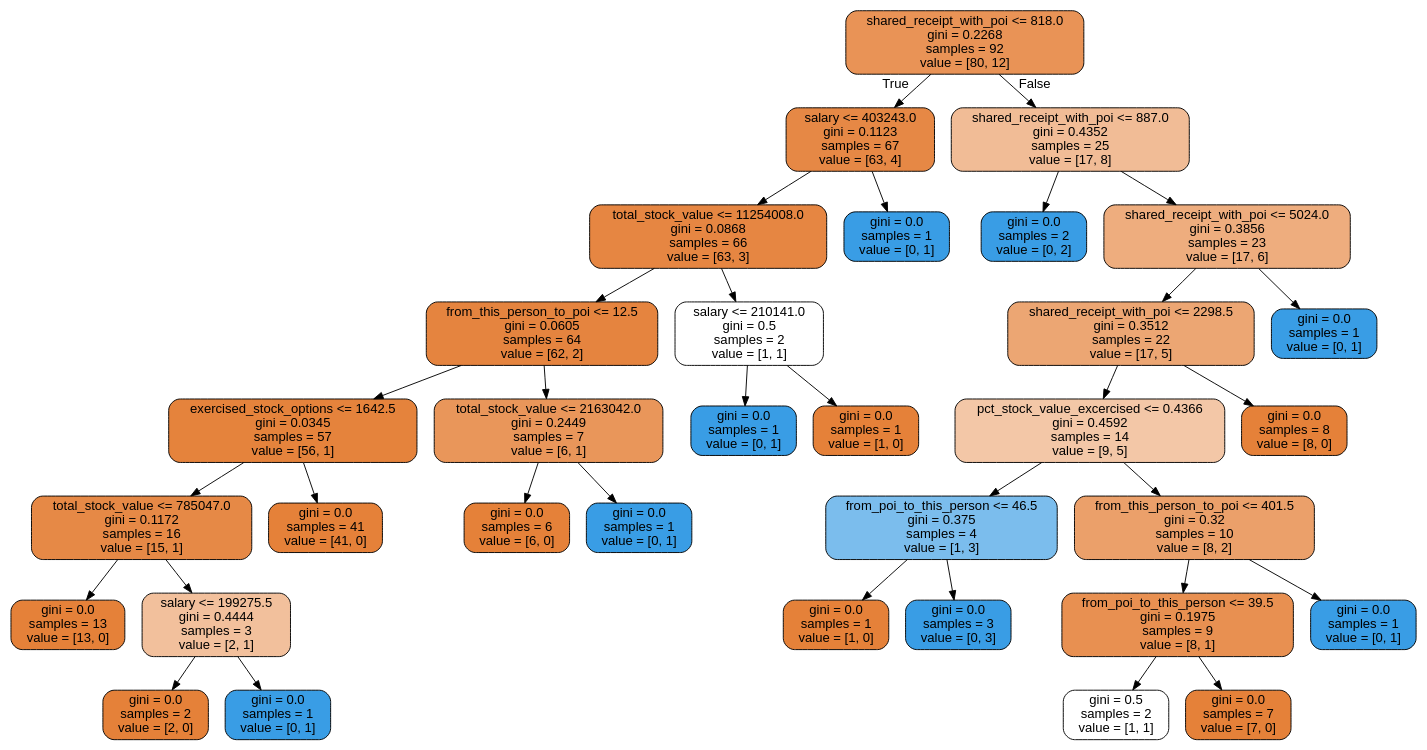
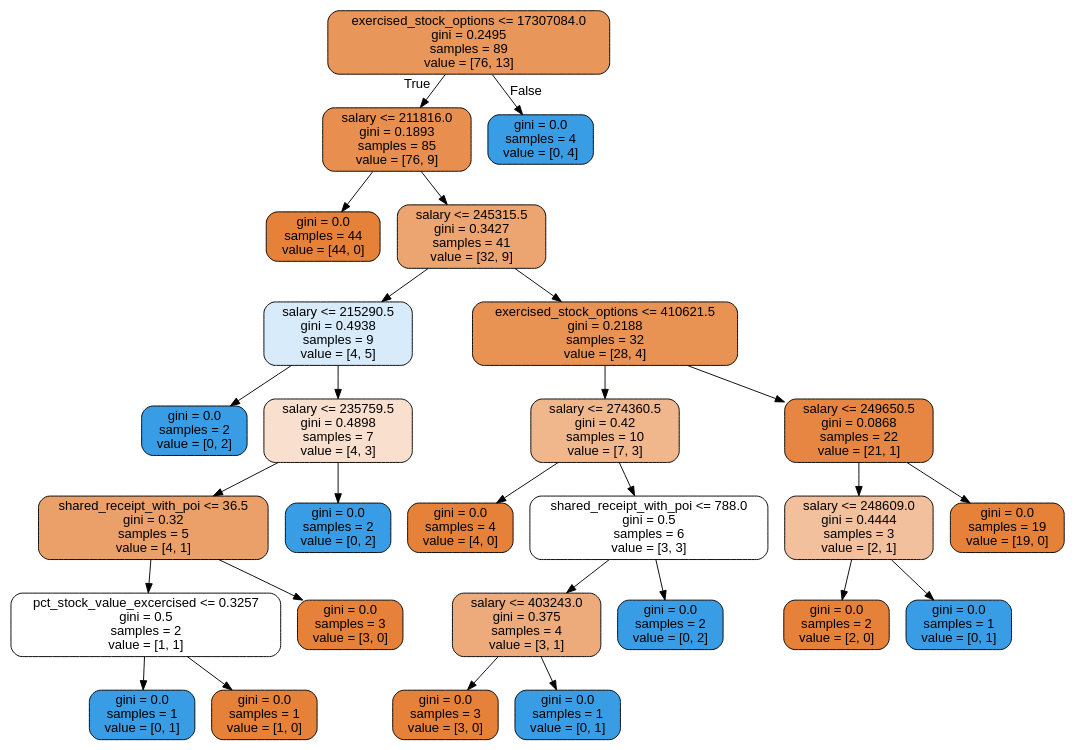
Before and after one commit to dhey24/NanodegreeML: the diagram in EnronDecisionTree.dot, drawn with Graphviz. The commit also changed 7 other files, not shown here.

```diff
--- a/EnronDecisionTree.dot
+++ b/EnronDecisionTree.dot
@@ -1,69 +1,57 @@
 digraph Tree {
 node [shape=box, style="filled, rounded", color="black", fontname=helvetica] ;
 edge [fontname=helvetica] ;
-0 [label="shared_receipt_with_poi <= 818.0\ngini = 0.2268\nsamples = 92\nvalue = [80, 12]", fillcolor="#e58139d9"] ;
-1 [label="salary <= 403243.0\ngini = 0.1123\nsamples = 67\nvalue = [63, 4]", fillcolor="#e58139ef"] ;
+0 [label="exercised_stock_options <= 17307084.0\ngini = 0.2495\nsamples = 89\nvalue = [76, 13]", fillcolor="#e58139d3"] ;
+1 [label="salary <= 211816.0\ngini = 0.1893\nsamples = 85\nvalue = [76, 9]", fillcolor="#e58139e1"] ;
 0 -> 1 [labeldistance=2.5, labelangle=45, headlabel="True"] ;
-2 [label="total_stock_value <= 11254008.0\ngini = 0.0868\nsamples = 66\nvalue = [63, 3]", fillcolor="#e58139f3"] ;
+2 [label="gini = 0.0\nsamples = 44\nvalue = [44, 0]", fillcolor="#e58139ff"] ;
 1 -> 2 ;
-3 [label="from_this_person_to_poi <= 12.5\ngini = 0.0605\nsamples = 64\nvalue = [62, 2]", fillcolor="#e58139f7"] ;
-2 -> 3 ;
-4 [label="exercised_stock_options <= 1642.5\ngini = 0.0345\nsamples = 57\nvalue = [56, 1]", fillcolor="#e58139fa"] ;
+3 [label="salary <= 245315.5\ngini = 0.3427\nsamples = 41\nvalue = [32, 9]", fillcolor="#e58139b7"] ;
+1 -> 3 ;
+4 [label="salary <= 215290.5\ngini = 0.4938\nsamples = 9\nvalue = [4, 5]", fillcolor="#399de533"] ;
 3 -> 4 ;
-5 [label="total_stock_value <= 785047.0\ngini = 0.1172\nsamples = 16\nvalue = [15, 1]", fillcolor="#e58139ee"] ;
+5 [label="gini = 0.0\nsamples = 2\nvalue = [0, 2]", fillcolor="#399de5ff"] ;
 4 -> 5 ;
-6 [label="gini = 0.0\nsamples = 13\nvalue = [13, 0]", fillcolor="#e58139ff"] ;
-5 -> 6 ;
-7 [label="salary <= 199275.5\ngini = 0.4444\nsamples = 3\nvalue = [2, 1]", fillcolor="#e581397f"] ;
-5 -> 7 ;
-8 [label="gini = 0.0\nsamples = 2\nvalue = [2, 0]", fillcolor="#e58139ff"] ;
+6 [label="salary <= 235759.5\ngini = 0.4898\nsamples = 7\nvalue = [4, 3]", fillcolor="#e5813940"] ;
+4 -> 6 ;
+7 [label="shared_receipt_with_poi <= 36.5\ngini = 0.32\nsamples = 5\nvalue = [4, 1]", fillcolor="#e58139bf"] ;
+6 -> 7 ;
+8 [label="pct_stock_value_excercised <= 0.3257\ngini = 0.5\nsamples = 2\nvalue = [1, 1]", fillcolor="#e5813900"] ;
 7 -> 8 ;
 9 [label="gini = 0.0\nsamples = 1\nvalue = [0, 1]", fillcolor="#399de5ff"] ;
-7 -> 9 ;
-10 [label="gini = 0.0\nsamples = 41\nvalue = [41, 0]", fillcolor="#e58139ff"] ;
-4 -> 10 ;
-11 [label="total_stock_value <= 2163042.0\ngini = 0.2449\nsamples = 7\nvalue = [6, 1]", fillcolor="#e58139d4"] ;
-3 -> 11 ;
-12 [label="gini = 0.0\nsamples = 6\nvalue = [6, 0]", fillcolor="#e58139ff"] ;
-11 -> 12 ;
-13 [label="gini = 0.0\nsamples = 1\nvalue = [0, 1]", fillcolor="#399de5ff"] ;
-11 -> 13 ;
-14 [label="salary <= 210141.0\ngini = 0.5\nsamples = 2\nvalue = [1, 1]", fillcolor="#e5813900"] ;
-2 -> 14 ;
-15 [label="gini = 0.0\nsamples = 1\nvalue = [0, 1]", fillcolor="#399de5ff"] ;
+8 -> 9 ;
+10 [label="gini = 0.0\nsamples = 1\nvalue = [1, 0]", fillcolor="#e58139ff"] ;
+8 -> 10 ;
+11 [label="gini = 0.0\nsamples = 3\nvalue = [3, 0]", fillcolor="#e58139ff"] ;
+7 -> 11 ;
+12 [label="gini = 0.0\nsamples = 2\nvalue = [0, 2]", fillcolor="#399de5ff"] ;
+6 -> 12 ;
+13 [label="exercised_stock_options <= 410621.5\ngini = 0.2188\nsamples = 32\nvalue = [28, 4]", fillcolor="#e58139db"] ;
+3 -> 13 ;
+14 [label="salary <= 274360.5\ngini = 0.42\nsamples = 10\nvalue = [7, 3]", fillcolor="#e5813992"] ;
+13 -> 14 ;
+15 [label="gini = 0.0\nsamples = 4\nvalue = [4, 0]", fillcolor="#e58139ff"] ;
 14 -> 15 ;
-16 [label="gini = 0.0\nsamples = 1\nvalue = [1, 0]", fillcolor="#e58139ff"] ;
+16 [label="shared_receipt_with_poi <= 788.0\ngini = 0.5\nsamples = 6\nvalue = [3, 3]", fillcolor="#e5813900"] ;
 14 -> 16 ;
-17 [label="gini = 0.0\nsamples = 1\nvalue = [0, 1]", fillcolor="#399de5ff"] ;
-1 -> 17 ;
-18 [label="shared_receipt_with_poi <= 887.0\ngini = 0.4352\nsamples = 25\nvalue = [17, 8]", fillcolor="#e5813987"] ;
-0 -> 18 [labeldistance=2.5, labelangle=-45, headlabel="False"] ;
-19 [label="gini = 0.0\nsamples = 2\nvalue = [0, 2]", fillcolor="#399de5ff"] ;
-18 -> 19 ;
-20 [label="shared_receipt_with_poi <= 5024.0\ngini = 0.3856\nsamples = 23\nvalue = [17, 6]", fillcolor="#e58139a5"] ;
-18 -> 20 ;
-21 [label="shared_receipt_with_poi <= 2298.5\ngini = 0.3512\nsamples = 22\nvalue = [17, 5]", fillcolor="#e58139b4"] ;
-20 -> 21 ;
-22 [label="pct_stock_value_excercised <= 0.4366\ngini = 0.4592\nsamples = 14\nvalue = [9, 5]", fillcolor="#e5813971"] ;
+17 [label="salary <= 403243.0\ngini = 0.375\nsamples = 4\nvalue = [3, 1]", fillcolor="#e58139aa"] ;
+16 -> 17 ;
+18 [label="gini = 0.0\nsamples = 3\nvalue = [3, 0]", fillcolor="#e58139ff"] ;
+17 -> 18 ;
+19 [label="gini = 0.0\nsamples = 1\nvalue = [0, 1]", fillcolor="#399de5ff"] ;
+17 -> 19 ;
+20 [label="gini = 0.0\nsamples = 2\nvalue = [0, 2]", fillcolor="#399de5ff"] ;
+16 -> 20 ;
+21 [label="salary <= 249650.5\ngini = 0.0868\nsamples = 22\nvalue = [21, 1]", fillcolor="#e58139f3"] ;
+13 -> 21 ;
+22 [label="salary <= 248609.0\ngini = 0.4444\nsamples = 3\nvalue = [2, 1]", fillcolor="#e581397f"] ;
 21 -> 22 ;
-23 [label="from_poi_to_this_person <= 46.5\ngini = 0.375\nsamples = 4\nvalue = [1, 3]", fillcolor="#399de5aa"] ;
+23 [label="gini = 0.0\nsamples = 2\nvalue = [2, 0]", fillcolor="#e58139ff"] ;
 22 -> 23 ;
-24 [label="gini = 0.0\nsamples = 1\nvalue = [1, 0]", fillcolor="#e58139ff"] ;
-23 -> 24 ;
-25 [label="gini = 0.0\nsamples = 3\nvalue = [0, 3]", fillcolor="#399de5ff"] ;
-23 -> 25 ;
-26 [label="from_this_person_to_poi <= 401.5\ngini = 0.32\nsamples = 10\nvalue = [8, 2]", fillcolor="#e58139bf"] ;
-22 -> 26 ;
-27 [label="from_poi_to_this_person <= 39.5\ngini = 0.1975\nsamples = 9\nvalue = [8, 1]", fillcolor="#e58139df"] ;
-26 -> 27 ;
-28 [label="gini = 0.5\nsamples = 2\nvalue = [1, 1]", fillcolor="#e5813900"] ;
-27 -> 28 ;
-29 [label="gini = 0.0\nsamples = 7\nvalue = [7, 0]", fillcolor="#e58139ff"] ;
-27 -> 29 ;
-30 [label="gini = 0.0\nsamples = 1\nvalue = [0, 1]", fillcolor="#399de5ff"] ;
-26 -> 30 ;
-31 [label="gini = 0.0\nsamples = 8\nvalue = [8, 0]", fillcolor="#e58139ff"] ;
-21 -> 31 ;
-32 [label="gini = 0.0\nsamples = 1\nvalue = [0, 1]", fillcolor="#399de5ff"] ;
-20 -> 32 ;
+24 [label="gini = 0.0\nsamples = 1\nvalue = [0, 1]", fillcolor="#399de5ff"] ;
+22 -> 24 ;
+25 [label="gini = 0.0\nsamples = 19\nvalue = [19, 0]", fillcolor="#e58139ff"] ;
+21 -> 25 ;
+26 [label="gini = 0.0\nsamples = 4\nvalue = [0, 4]", fillcolor="#399de5ff"] ;
+0 -> 26 [labeldistance=2.5, labelangle=-45, headlabel="False"] ;
 }
```
